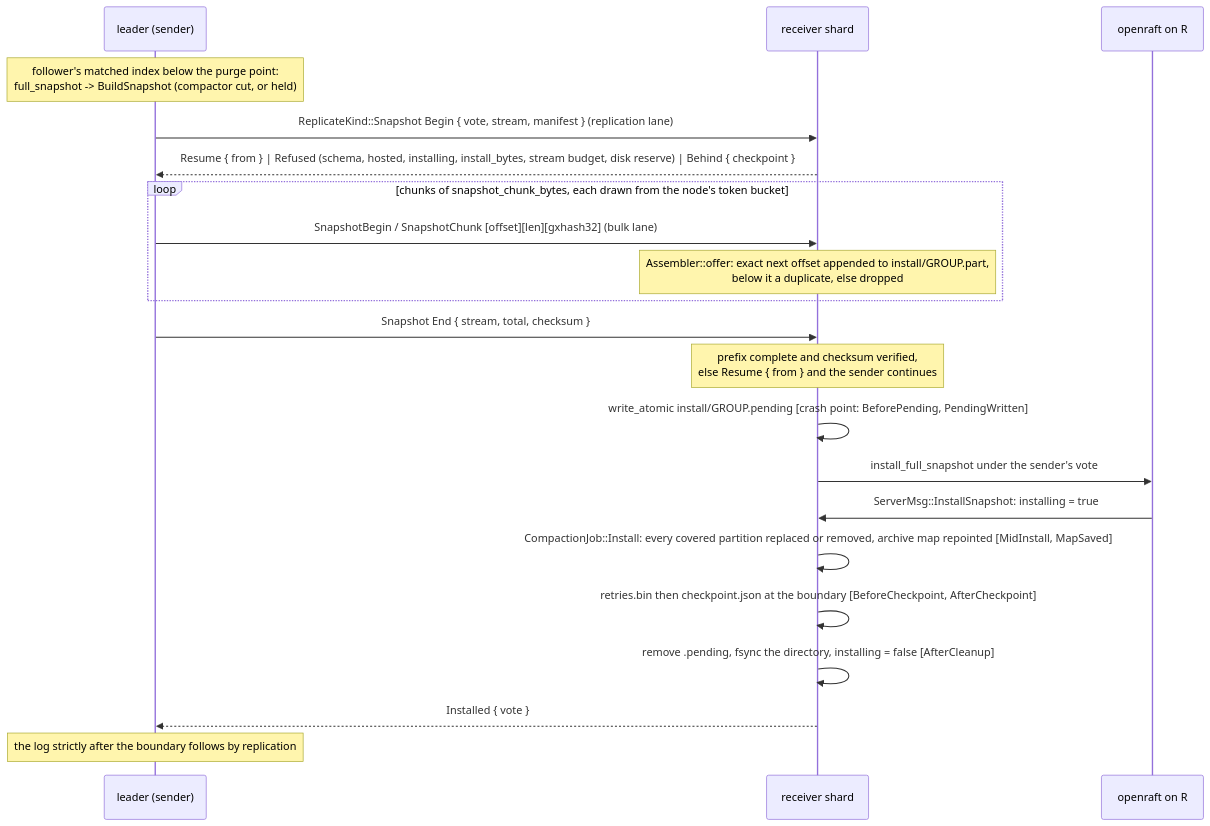
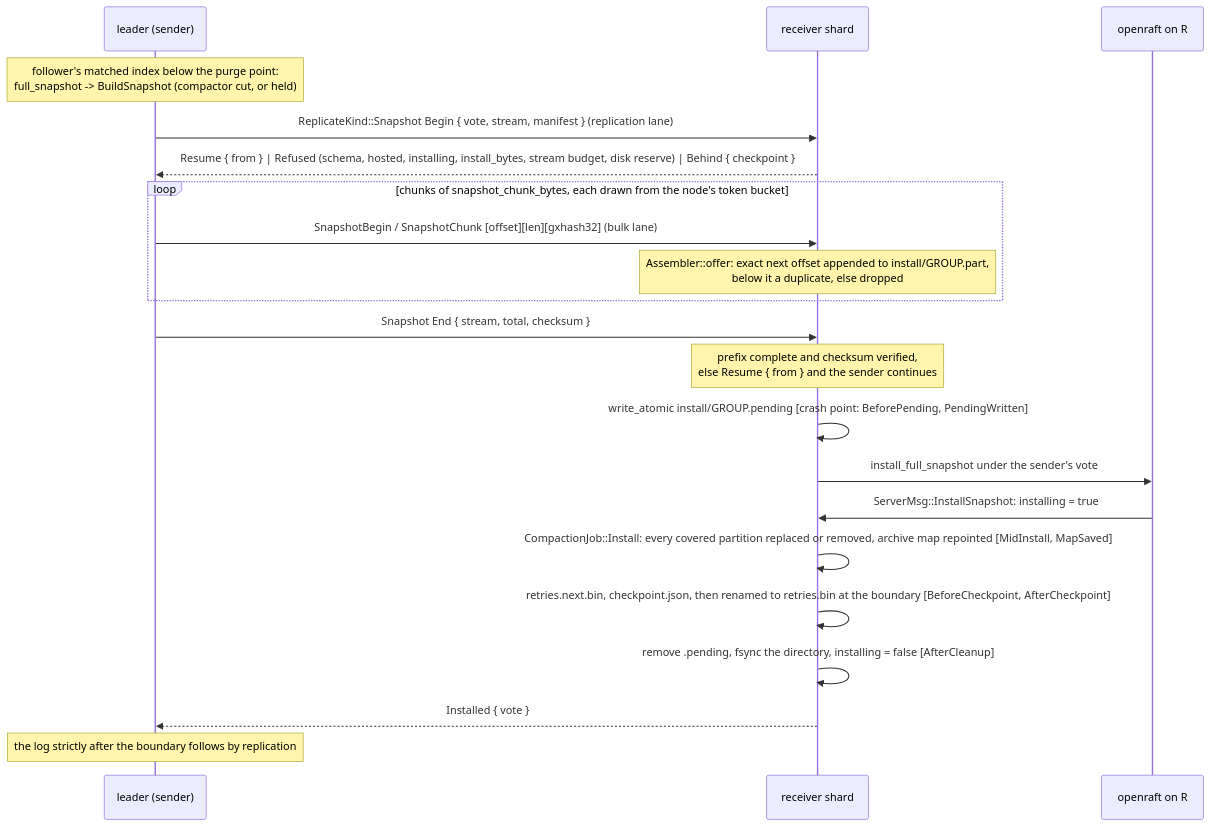
One commit to mjcarson/shoal changed the second of 2 diagrams in docs/src/distributed/failover.md. Above: the diagram before and after it, drawn with Mermaid. The commit also changed 27 other files, not shown here.

````diff
--- a/docs/src/distributed/failover.md
+++ b/docs/src/distributed/failover.md
@@ -123,23 +123,23 @@
 ```mermaid
 sequenceDiagram
     participant L as leader (sender)
     participant R as receiver shard
     participant O as openraft on R
     Note over L: follower's matched index below the purge point:<br/>full_snapshot -> BuildSnapshot (compactor cut, or held)
     L->>R: ReplicateKind::Snapshot Begin { vote, stream, manifest } (replication lane)
     R-->>L: Resume { from } | Refused (schema, hosted, installing, install_bytes, stream budget, disk reserve) | Behind { checkpoint }
     loop chunks of snapshot_chunk_bytes, each drawn from the node's token bucket
         L->>R: SnapshotBegin / SnapshotChunk [offset][len][gxhash32] (bulk lane)
         Note over R: Assembler::offer: exact next offset appended to install/GROUP.part,<br/>below it a duplicate, else dropped
     end
     L->>R: Snapshot End { stream, total, checksum }
     Note over R: prefix complete and checksum verified,<br/>else Resume { from } and the sender continues
     R->>R: write_atomic install/GROUP.pending [crash point: BeforePending, PendingWritten]
     R->>O: install_full_snapshot under the sender's vote
     O->>R: ServerMsg::InstallSnapshot: installing = true
     R->>R: CompactionJob::Install: every covered partition replaced or removed, archive map repointed [MidInstall, MapSaved]
-    R->>R: retries.bin then checkpoint.json at the boundary [BeforeCheckpoint, AfterCheckpoint]
+    R->>R: retries.next.bin, checkpoint.json, then renamed to retries.bin at the boundary [BeforeCheckpoint, AfterCheckpoint]
     R->>R: remove .pending, fsync the directory, installing = false [AfterCleanup]
     R-->>L: Installed { vote }
     Note over L: the log strictly after the boundary follows by replication
 ```
````
